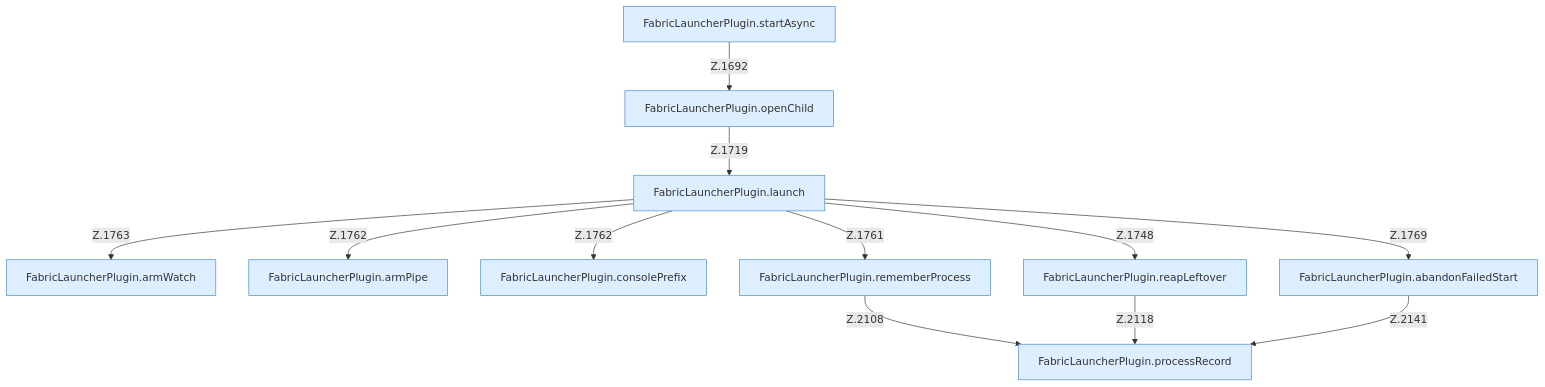
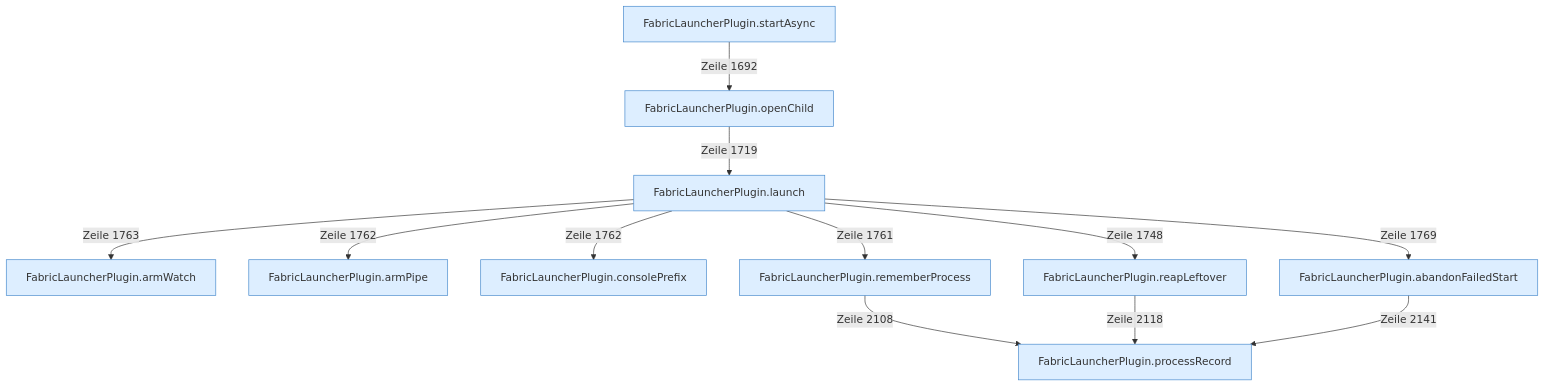
Before and after one commit to PrinceDiamant/minecraft-serverhoster-plugin: the diagram in Startablauf.md, drawn with Mermaid. The commit also changed other lines of this file and 2005 other files, not shown here.

````diff
--- a/Startablauf.md
+++ b/Startablauf.md
@@ -5,26 +5,26 @@
 ```mermaid
 flowchart TD
   n1["FabricLauncherPlugin.startAsync"]:::internal-link
   n2["FabricLauncherPlugin.openChild"]:::internal-link
   n3["FabricLauncherPlugin.launch"]:::internal-link
   n4["FabricLauncherPlugin.armWatch"]:::internal-link
   n5["FabricLauncherPlugin.armPipe"]:::internal-link
   n6["FabricLauncherPlugin.consolePrefix"]:::internal-link
   n7["FabricLauncherPlugin.processRecord"]:::internal-link
   n8["FabricLauncherPlugin.rememberProcess"]:::internal-link
   n9["FabricLauncherPlugin.reapLeftover"]:::internal-link
   n10["FabricLauncherPlugin.abandonFailedStart"]:::internal-link
-  n1 -->|"Z.1692"| n2
-  n2 -->|"Z.1719"| n3
-  n3 -->|"Z.1748"| n9
-  n3 -->|"Z.1761"| n8
-  n3 -->|"Z.1762"| n5
-  n3 -->|"Z.1762"| n6
-  n3 -->|"Z.1763"| n4
-  n3 -->|"Z.1769"| n10
-  n8 -->|"Z.2108"| n7
-  n9 -->|"Z.2118"| n7
-  n10 -->|"Z.2141"| n7
+  n1 -->|"Zeile 1692"| n2
+  n2 -->|"Zeile 1719"| n3
+  n3 -->|"Zeile 1748"| n9
+  n3 -->|"Zeile 1761"| n8
+  n3 -->|"Zeile 1762"| n5
+  n3 -->|"Zeile 1762"| n6
+  n3 -->|"Zeile 1763"| n4
+  n3 -->|"Zeile 1769"| n10
+  n8 -->|"Zeile 2108"| n7
+  n9 -->|"Zeile 2118"| n7
+  n10 -->|"Zeile 2141"| n7
   classDef internal-link fill:#ddeeff,stroke:#4488cc
   classDef befund fill:#f88
 ```
````
